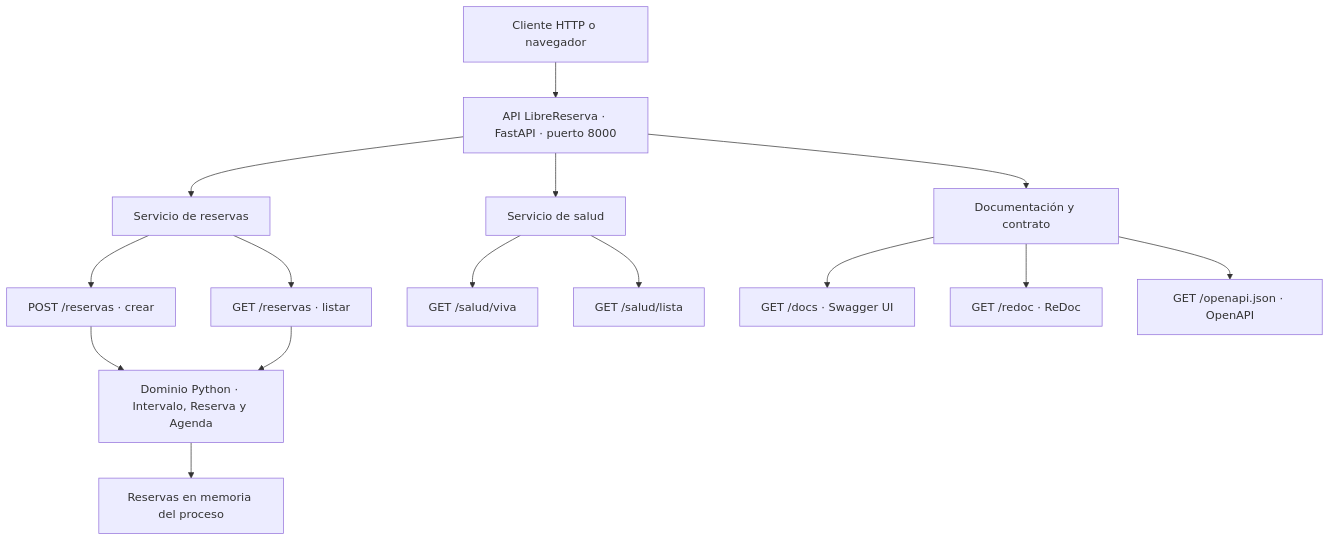
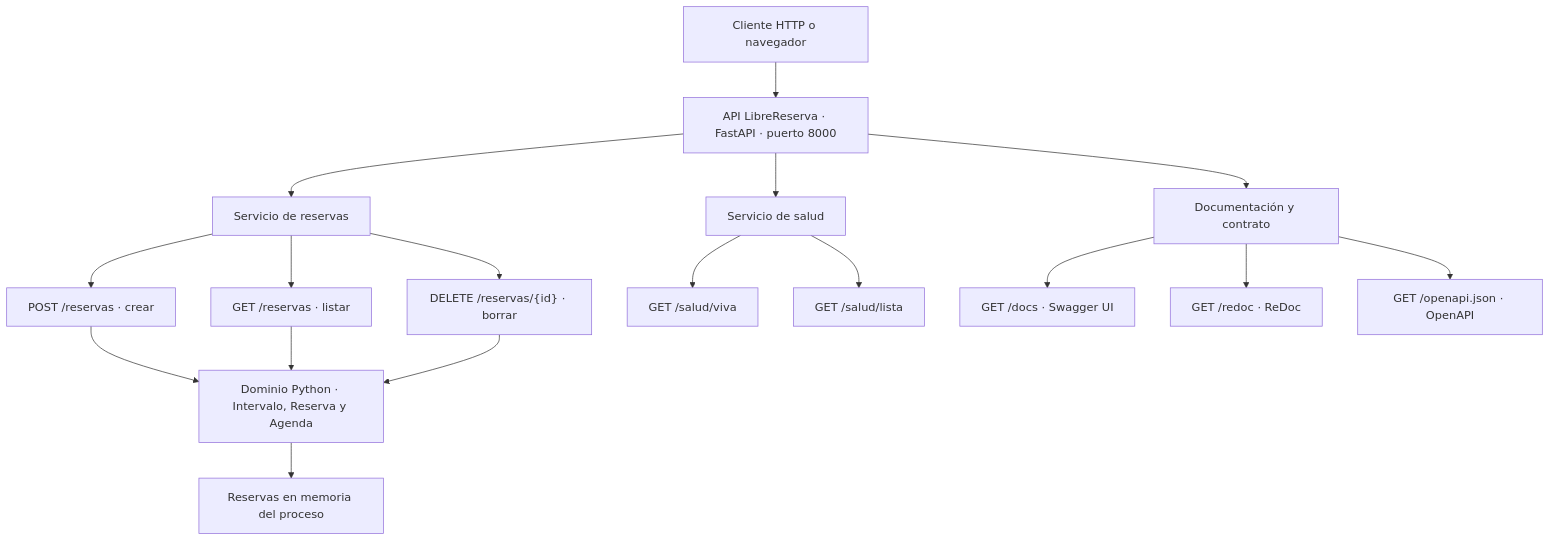
The diagram in labs/librereserva/API.md (NicolasDucuara/informatica-i-arquitectura-ia), drawn with Mermaid before and after one commit. The commit also changed other lines of this file and 5 other files, not shown here.

````diff
--- a/labs/librereserva/API.md
+++ b/labs/librereserva/API.md
@@ -9,17 +9,19 @@
 ```mermaid
 flowchart TB
     cliente["Cliente HTTP o navegador"] --> api["API LibreReserva · FastAPI · puerto 8000"]
     api --> reservas["Servicio de reservas"]
     api --> salud["Servicio de salud"]
     api --> contrato["Documentación y contrato"]
     reservas --> crear["POST /reservas · crear"]
     reservas --> consultar["GET /reservas · listar"]
+    reservas --> borrar["DELETE /reservas/{id} · borrar"]
     crear --> dominio["Dominio Python · Intervalo, Reserva y Agenda"]
     consultar --> dominio
+    borrar --> dominio
     dominio --> memoria["Reservas en memoria del proceso"]
     salud --> viva["GET /salud/viva"]
     salud --> lista["GET /salud/lista"]
     contrato --> swagger["GET /docs · Swagger UI"]
     contrato --> redoc["GET /redoc · ReDoc"]
     contrato --> openapi["GET /openapi.json · OpenAPI"]
 ```
````
